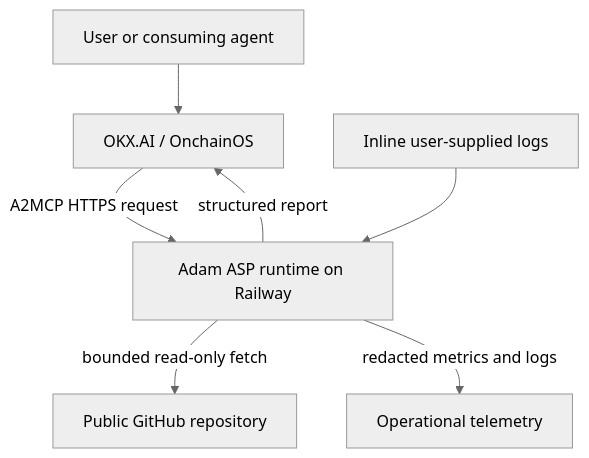
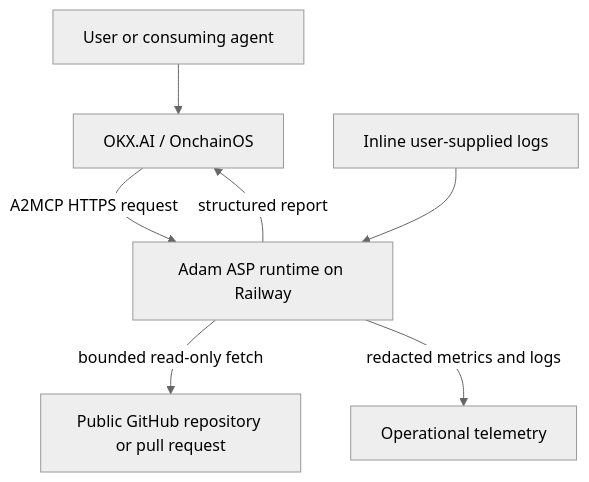
The first of 3 diagrams in ARCHITECTURE.md (onchaindc/Adam), drawn with Mermaid (neutral theme) before and after one commit. The commit also changed other lines of this file and 36 other files, not shown here.

Commit message:
feat: add pull request review and Gemini provider

````diff
--- a/ARCHITECTURE.md
+++ b/ARCHITECTURE.md
@@ -151,16 +152,16 @@
 ```mermaid
 flowchart TB
     User["User or consuming agent"]
     OKX["OKX.AI / OnchainOS"]
     Adam["Adam ASP runtime on Railway"]
-    GitHub["Public GitHub repository"]
+    GitHub["Public GitHub repository or pull request"]
     Logs["Inline user-supplied logs"]
     Telemetry["Operational telemetry"]
 
     User --> OKX
     OKX -->|"A2MCP HTTPS request"| Adam
     Adam -->|"bounded read-only fetch"| GitHub
     Logs --> Adam
     Adam -->|"structured report"| OKX
     Adam -->|"redacted metrics and logs"| Telemetry
 ```
````
